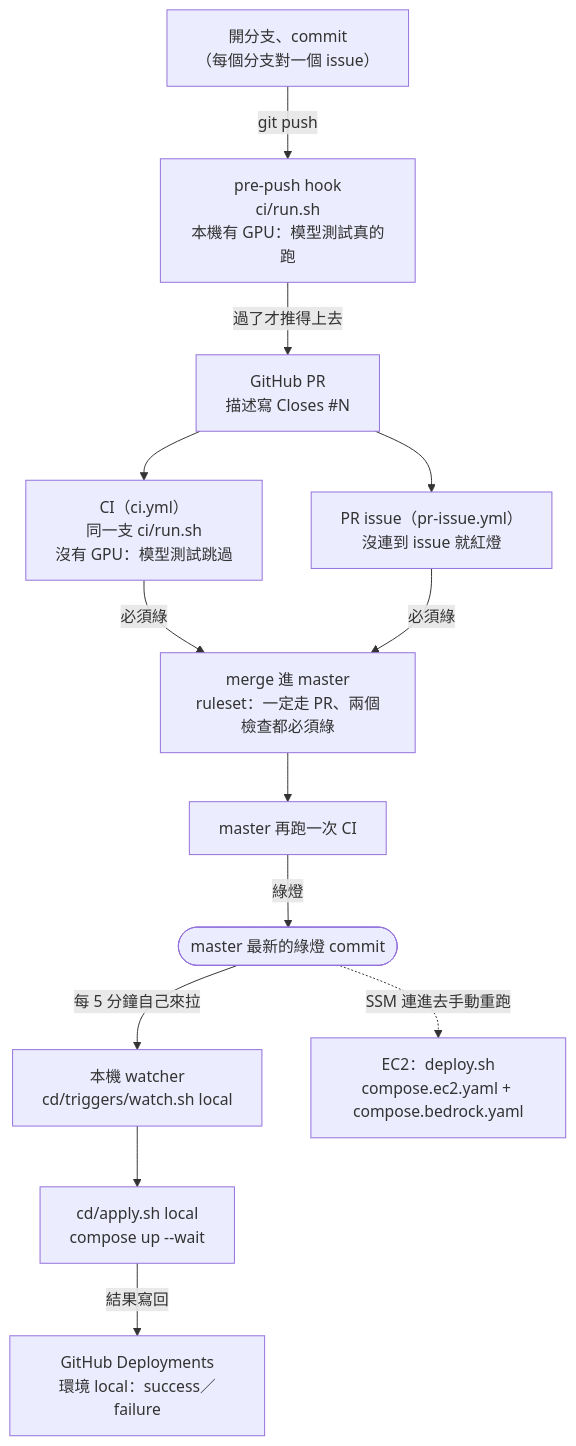
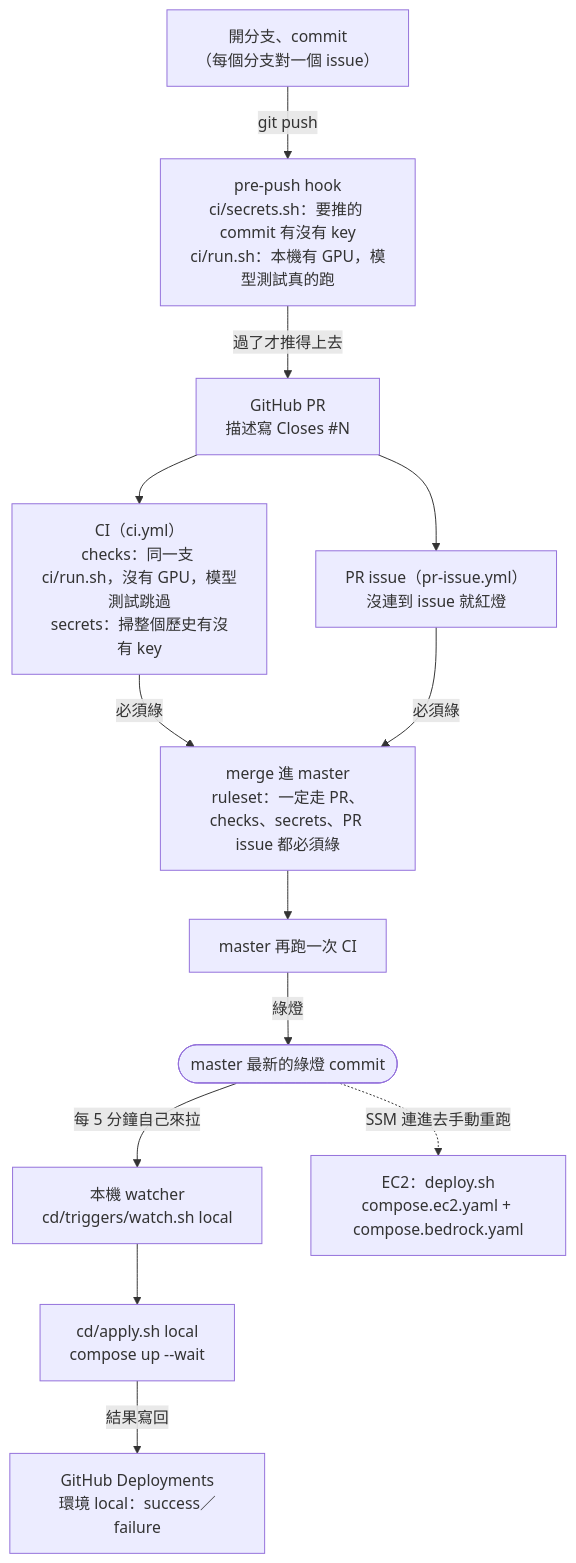
Before and after one commit to Anderson-chen/talkcal: the fifth of 5 diagrams in docs/architecture.md, drawn with Mermaid. The commit also changed other lines of this file and 6 other files, not shown here.

First line of the commit message:
祕密掃描：gitleaks 接進 pre-push 和 CI

````diff
--- a/docs/architecture.md
+++ b/docs/architecture.md
@@ -94,15 +94,15 @@
 ```mermaid
 flowchart TB
-    dev["開分支、commit<br/>（每個分支對一個 issue）"] -->|"git push"| hook["pre-push hook<br/>ci/run.sh<br/>本機有 GPU：模型測試真的跑"]
+    dev["開分支、commit<br/>（每個分支對一個 issue）"] -->|"git push"| hook["pre-push hook<br/>ci/secrets.sh：要推的 commit 有沒有 key<br/>ci/run.sh：本機有 GPU，模型測試真的跑"]
     hook -->|"過了才推得上去"| pr["GitHub PR<br/>描述寫 Closes #N"]
-    pr --> ci["CI（ci.yml）<br/>同一支 ci/run.sh<br/>沒有 GPU：模型測試跳過"]
+    pr --> ci["CI（ci.yml）<br/>checks：同一支 ci/run.sh，沒有 GPU，模型測試跳過<br/>secrets：掃整個歷史有沒有 key"]
     pr --> prissue["PR issue（pr-issue.yml）<br/>沒連到 issue 就紅燈"]
-    ci -->|"必須綠"| merge["merge 進 master<br/>ruleset：一定走 PR、兩個檢查都必須綠"]
+    ci -->|"必須綠"| merge["merge 進 master<br/>ruleset：一定走 PR、checks、secrets、PR issue 都必須綠"]
     prissue -->|"必須綠"| merge
     merge --> masterci["master 再跑一次 CI"]
     masterci -->|"綠燈"| green(["master 最新的綠燈 commit"])
     green -->|"每 5 分鐘自己來拉"| watch["本機 watcher<br/>cd/triggers/watch.sh local"]
     watch --> applyl["cd/apply.sh local<br/>compose up --wait"]
     applyl -->|"結果寫回"| deployments["GitHub Deployments<br/>環境 local：success／failure"]
     green -.->|"SSM 連進去手動重跑"| ec2["EC2：deploy.sh<br/>compose.ec2.yaml + compose.bedrock.yaml"]
 ```
````
